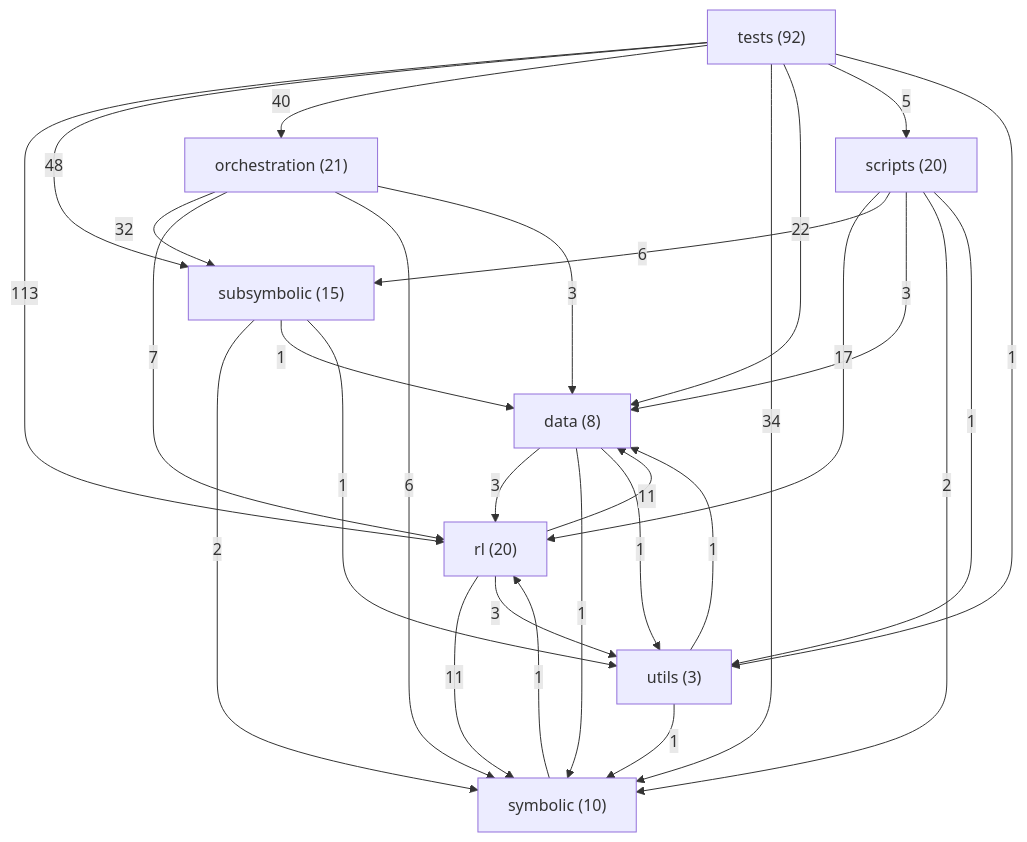
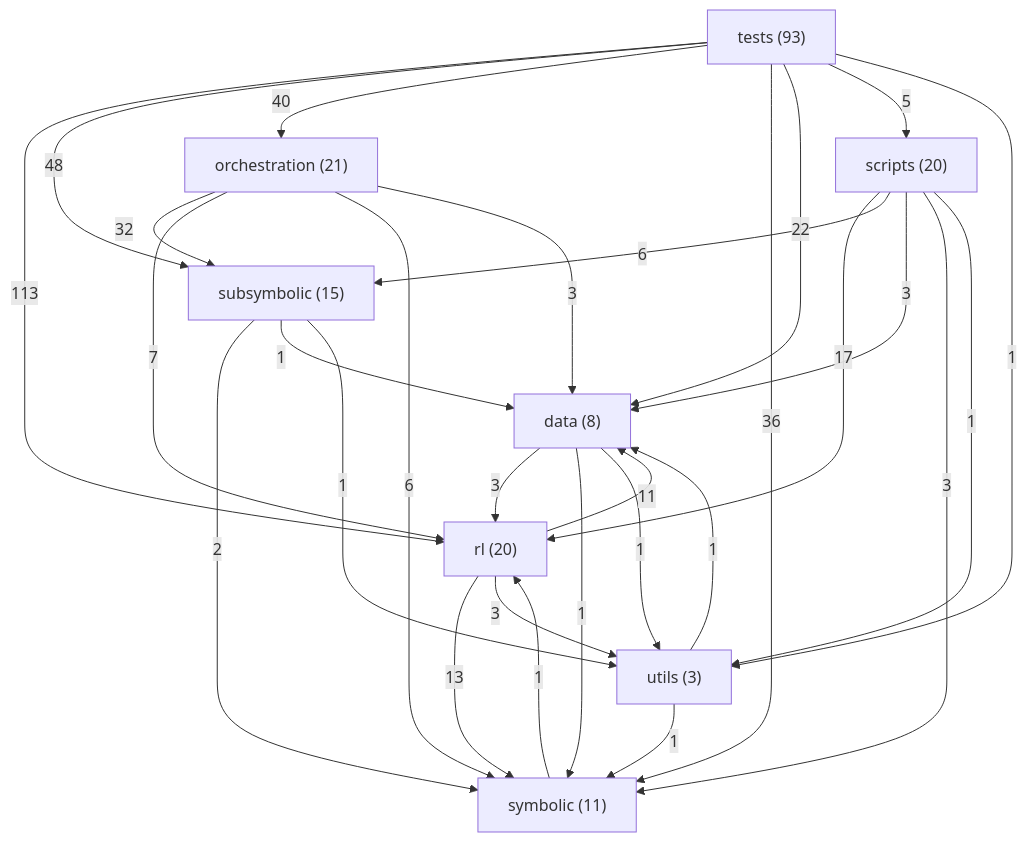
The diagram in ARCHITECTURE.md (danrd/ARC-AGI), drawn with Mermaid before and after one commit. The commit also changed other lines of this file and 11 other files, not shown here.

````diff
--- a/ARCHITECTURE.md
+++ b/ARCHITECTURE.md
@@ -211,39 +211,39 @@
 ```mermaid
 graph TD
   data["data (8)"]
   orchestration["orchestration (21)"]
   rl["rl (20)"]
   scripts["scripts (20)"]
   subsymbolic["subsymbolic (15)"]
-  symbolic["symbolic (10)"]
-  tests["tests (92)"]
+  symbolic["symbolic (11)"]
+  tests["tests (93)"]
   utils["utils (3)"]
   tests -->|113| rl
   tests -->|48| subsymbolic
   tests -->|40| orchestration
-  tests -->|34| symbolic
+  tests -->|36| symbolic
   orchestration -->|32| subsymbolic
   tests -->|22| data
   scripts -->|17| rl
+  rl -->|13| symbolic
   rl -->|11| data
-  rl -->|11| symbolic
   orchestration -->|7| rl
   orchestration -->|6| symbolic
   scripts -->|6| subsymbolic
   tests -->|5| scripts
   data -->|3| rl
   orchestration -->|3| data
   rl -->|3| utils
   scripts -->|3| data
-  scripts -->|2| symbolic
+  scripts -->|3| symbolic
   subsymbolic -->|2| symbolic
   data -->|1| symbolic
   data -->|1| utils
   scripts -->|1| utils
   subsymbolic -->|1| data
   subsymbolic -->|1| utils
   symbolic -->|1| rl
   tests -->|1| utils
   utils -->|1| data
   utils -->|1| symbolic
 ```
````
